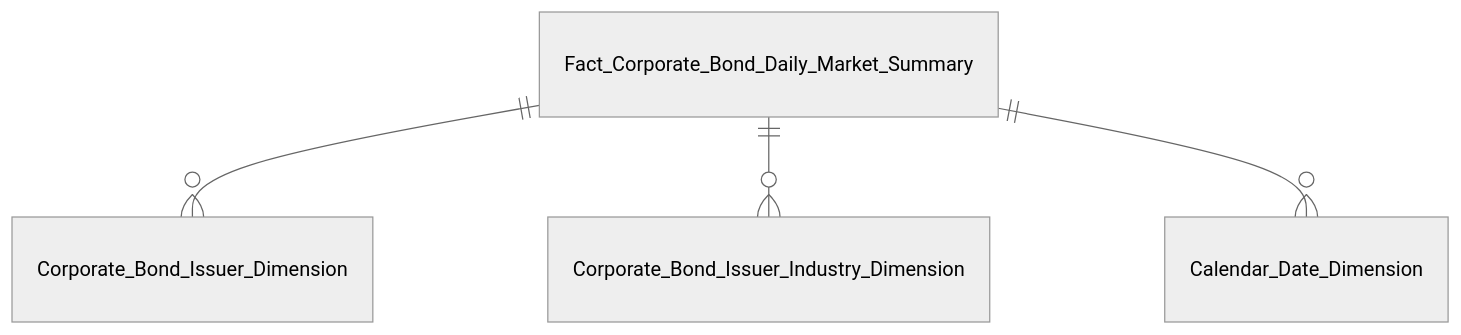
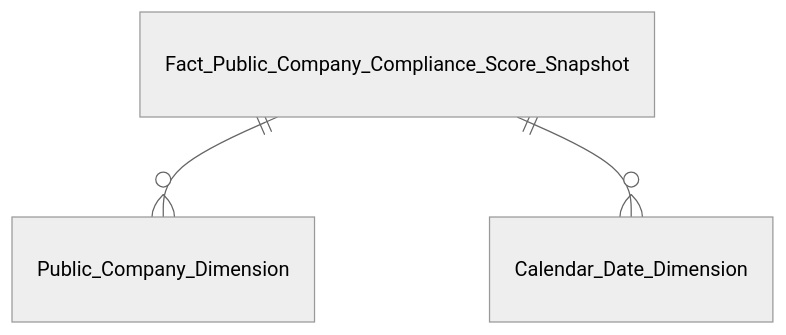
Before and after one commit to linhlvit/ubck_atomic_design: the second of 16 diagrams in Datamart/hld/DTM_GSDC_Entities.md, drawn with Mermaid (neutral theme). The commit also changed other lines of this file and 24 other files, not shown here.

````diff
--- a/Datamart/hld/DTM_GSDC_Entities.md
+++ b/Datamart/hld/DTM_GSDC_Entities.md
@@ -36,6 +29,5 @@
 ```mermaid
 erDiagram
-    Fact_Corporate_Bond_Daily_Market_Summary ||--o{ Corporate_Bond_Issuer_Dimension : ""
-    Fact_Corporate_Bond_Daily_Market_Summary ||--o{ Corporate_Bond_Issuer_Industry_Dimension : ""
-    Fact_Corporate_Bond_Daily_Market_Summary ||--o{ Calendar_Date_Dimension : ""
+    Fact_Public_Company_Compliance_Score_Snapshot ||--o{ Public_Company_Dimension : ""
+    Fact_Public_Company_Compliance_Score_Snapshot ||--o{ Calendar_Date_Dimension : ""
 ```
````
